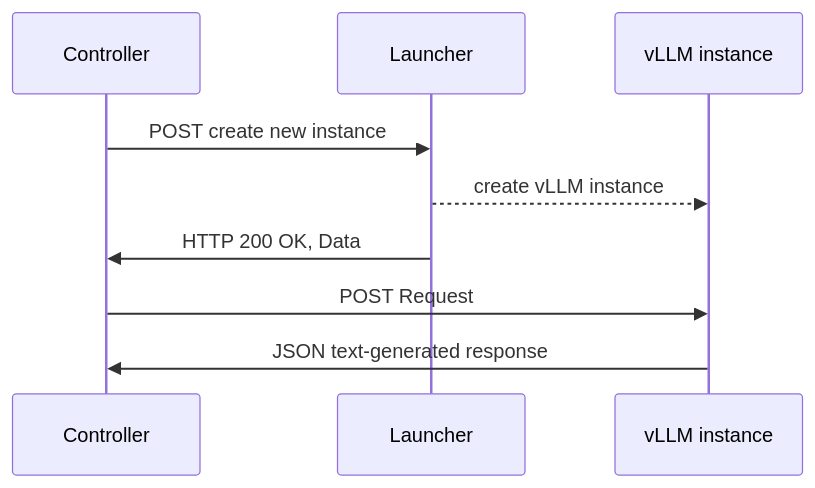
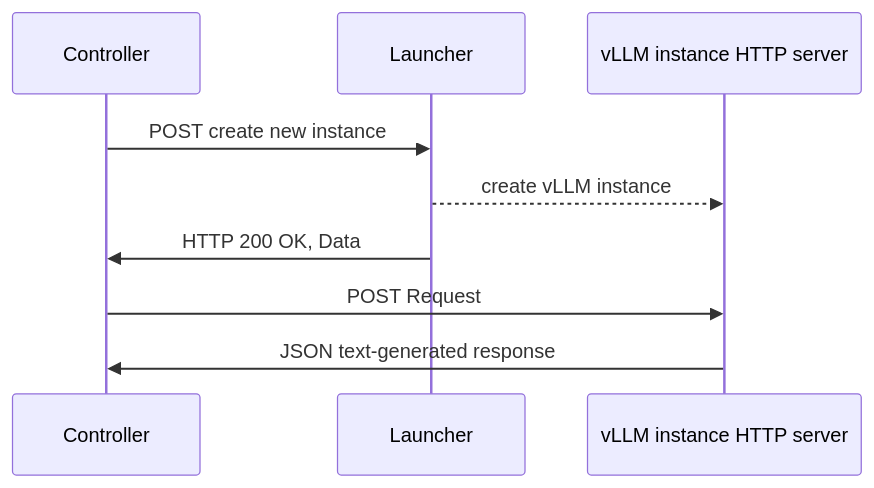
The first of 3 diagrams in docs/launcher.md (llm-d-incubation/llm-d-fast-model-actuation), drawn with Mermaid before and after one commit. The commit also changed other lines of this file, not shown here.

Commit message:
Mike's comments #2

````diff
--- a/docs/launcher.md
+++ b/docs/launcher.md
@@ -14,12 +14,12 @@
 ```mermaid
 sequenceDiagram
     participant Controller
     participant Launcher
-    participant vLLM instance
+    participant vLLM instance HTTP server
 
     Controller->>Launcher: POST create new instance
-    Launcher-->>vLLM instance: create vLLM instance
+    Launcher-->>vLLM instance HTTP server: create vLLM instance
     Launcher->>Controller: HTTP 200 OK, Data
-    Controller->>vLLM instance: POST Request
-    vLLM instance->>Controller: JSON text-generated response
+    Controller->>vLLM instance HTTP server: POST Request
+    vLLM instance HTTP server->>Controller: JSON text-generated response
 ```
````
